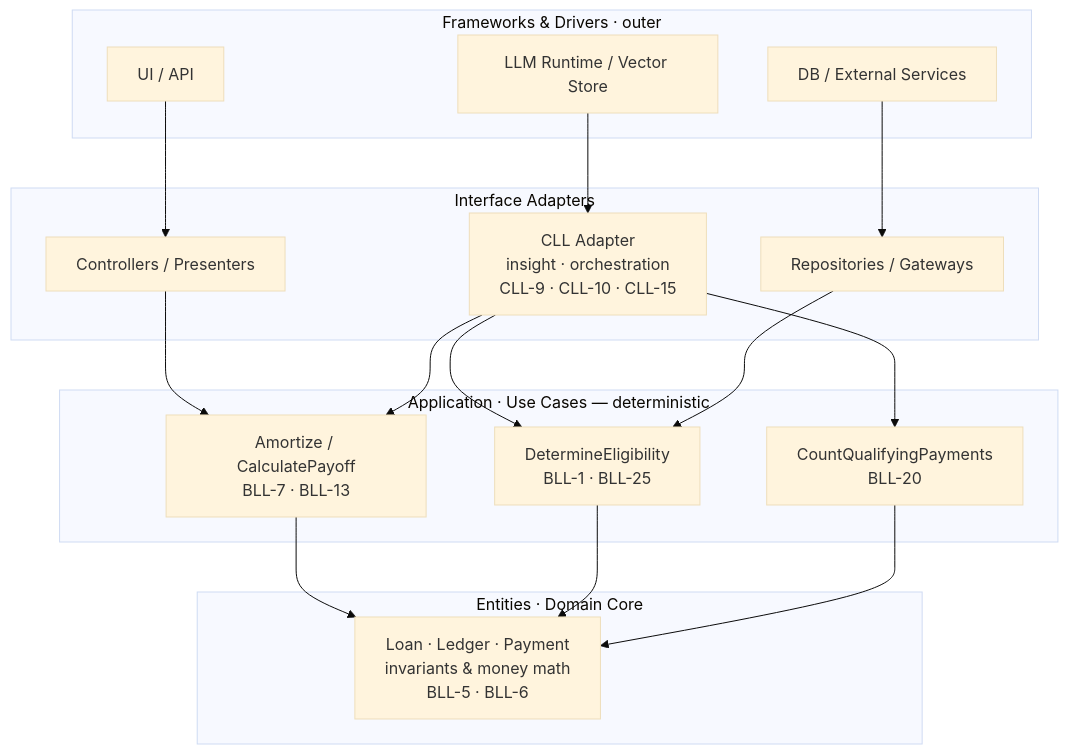
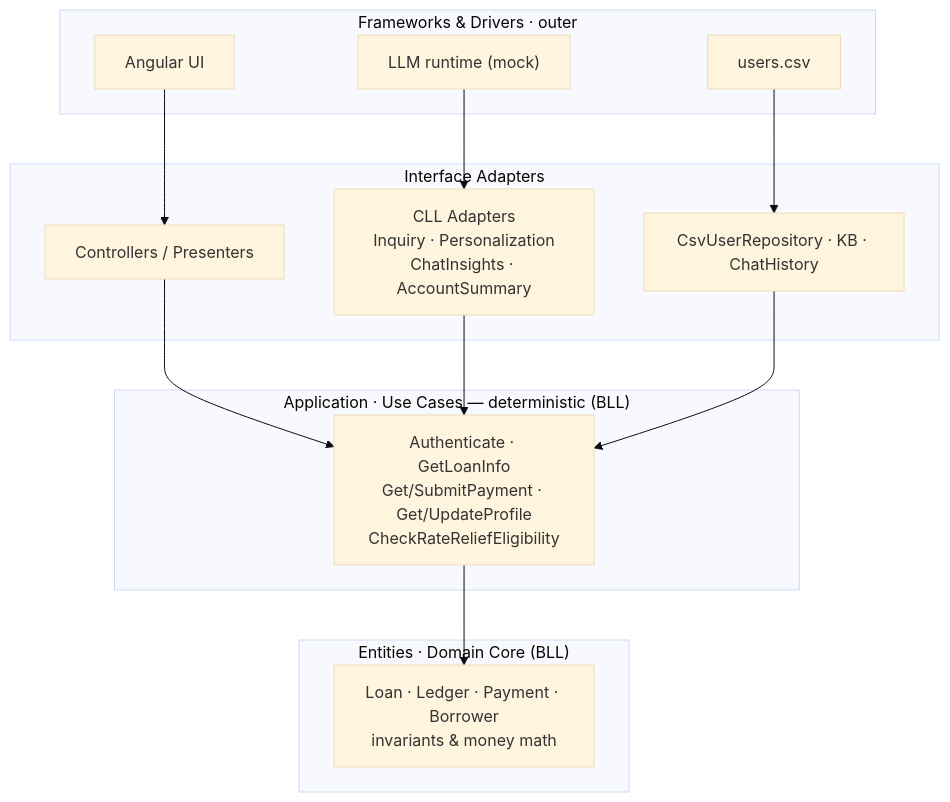
The fourth of 8 diagrams in documentation/plus_architecture.md (antongeorgescu/poc-plus-hexagonal-architecture), drawn with Mermaid (base theme) before and after one commit. The commit also changed other lines of this file, not shown here.

````diff
--- a/documentation/plus_architecture.md
+++ b/documentation/plus_architecture.md
@@ -128,32 +150,23 @@
 ```mermaid
 flowchart TB
   subgraph OUTER["Frameworks &amp; Drivers · outer"]
-    UIU["UI / API"]
-    LLM["LLM Runtime / Vector Store"]
-    DBX["DB / External Services"]
+    UIU["Angular UI"]
+    LLM["LLM runtime (mock)"]
+    DBX["users.csv"]
   end
   subgraph ADAPT["Interface Adapters"]
     CTRL["Controllers / Presenters"]
-    CLLA["CLL Adapter<br/>insight · orchestration<br/>CLL-9 · CLL-10 · CLL-15"]
-    REPO["Repositories / Gateways"]
+    CLLA["CLL Adapters<br/>Inquiry · Personalization<br/>ChatInsights · AccountSummary"]
+    REPO["CsvUserRepository · KB · ChatHistory"]
   end
-  subgraph APP["Application · Use Cases — deterministic"]
-    UC1["Amortize / CalculatePayoff<br/>BLL-7 · BLL-13"]
-    UC2["DetermineEligibility<br/>BLL-1 · BLL-25"]
-    UC3["CountQualifyingPayments<br/>BLL-20"]
+  subgraph APP["Application · Use Cases — deterministic (BLL)"]
+    UC["Authenticate · GetLoanInfo<br/>Get/SubmitPayment · Get/UpdateProfile<br/>CheckRateReliefEligibility"]
   end
-  subgraph DOM["Entities · Domain Core"]
-    E1["Loan · Ledger · Payment<br/>invariants &amp; money math<br/>BLL-5 · BLL-6"]
+  subgraph DOM["Entities · Domain Core (BLL)"]
+    E1["Loan · Ledger · Payment · Borrower<br/>invariants &amp; money math"]
   end
-  UIU --> CTRL
-  LLM --> CLLA
-  DBX --> REPO
-  CTRL --> UC1
-  CLLA --> UC1
-  CLLA --> UC2
-  CLLA --> UC3
-  REPO --> UC2
-  UC1 --> E1
-  UC2 --> E1
-  UC3 --> E1
+  UIU --> CTRL --> UC
+  LLM --> CLLA --> UC
+  DBX --> REPO --> UC
+  UC --> E1
 ```
````
